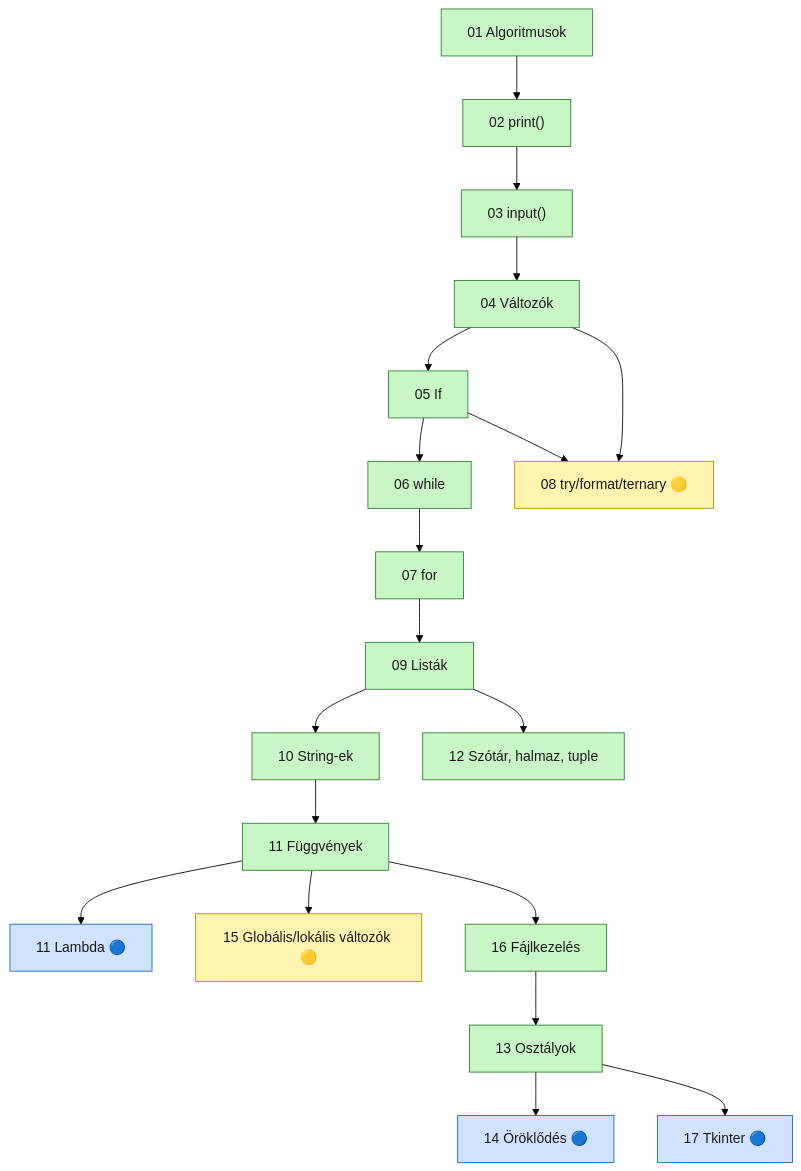
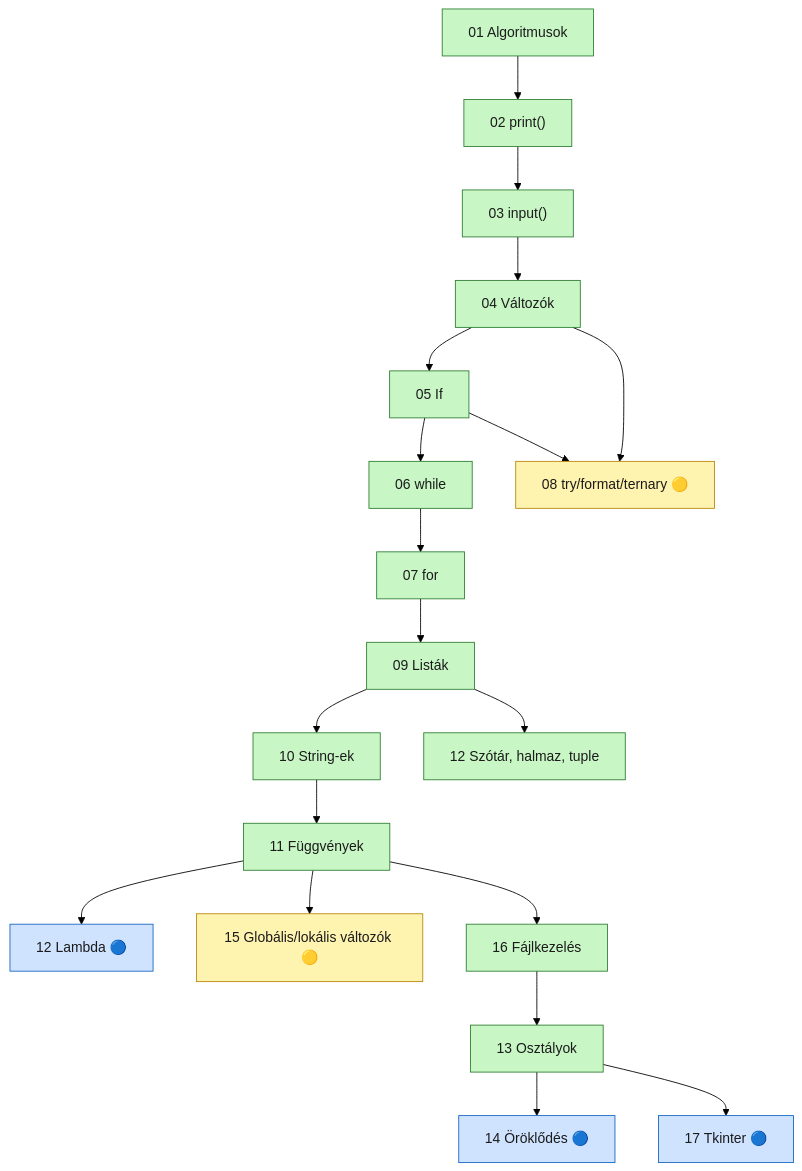
Before and after one commit to SpsKnSK/api: the diagram in Lessons_hu/00_Terkep_hu.md, drawn with Mermaid (forest theme). The commit also changed other lines of this file, not shown here.

Commit message:
Update lambda lesson links in map

````diff
--- a/Lessons_hu/00_Terkep_hu.md
+++ b/Lessons_hu/00_Terkep_hu.md
@@ -11,28 +11,28 @@
 ```mermaid
 flowchart TD
     A["01 Algoritmusok"] --> B["02 print()"]
     B --> C["03 input()"]
     C --> D["04 Változók"]
     D --> E["05 If"]
     E --> F["06 while"]
     F --> G["07 for"]
     D --> H["08 try/format/ternary 🟡"]
     E --> H
     G --> I["09 Listák"]
     I --> J["10 String-ek"]
     J --> K["11 Függvények"]
-    K --> L["11 Lambda 🔵"]
+    K --> L["12 Lambda 🔵"]
     I --> M["12 Szótár, halmaz, tuple"]
     K --> N["15 Globális/lokális változók 🟡"]
     K --> O["16 Fájlkezelés"]
     O --> P["13 Osztályok"]
     P --> Q["14 Öröklődés 🔵"]
     P --> R["17 Tkinter 🔵"]
 
     classDef alap fill:#c8f7c5,stroke:#2e7d32,color:#1b1b1b;
     classDef extra fill:#fff3b0,stroke:#b8860b,color:#1b1b1b;
     classDef opcio fill:#cfe3ff,stroke:#1565c0,color:#1b1b1b;
     class A,B,C,D,E,F,G,I,J,K,M,O,P alap;
     class H,N extra;
     class L,Q,R opcio;
 ```
````
